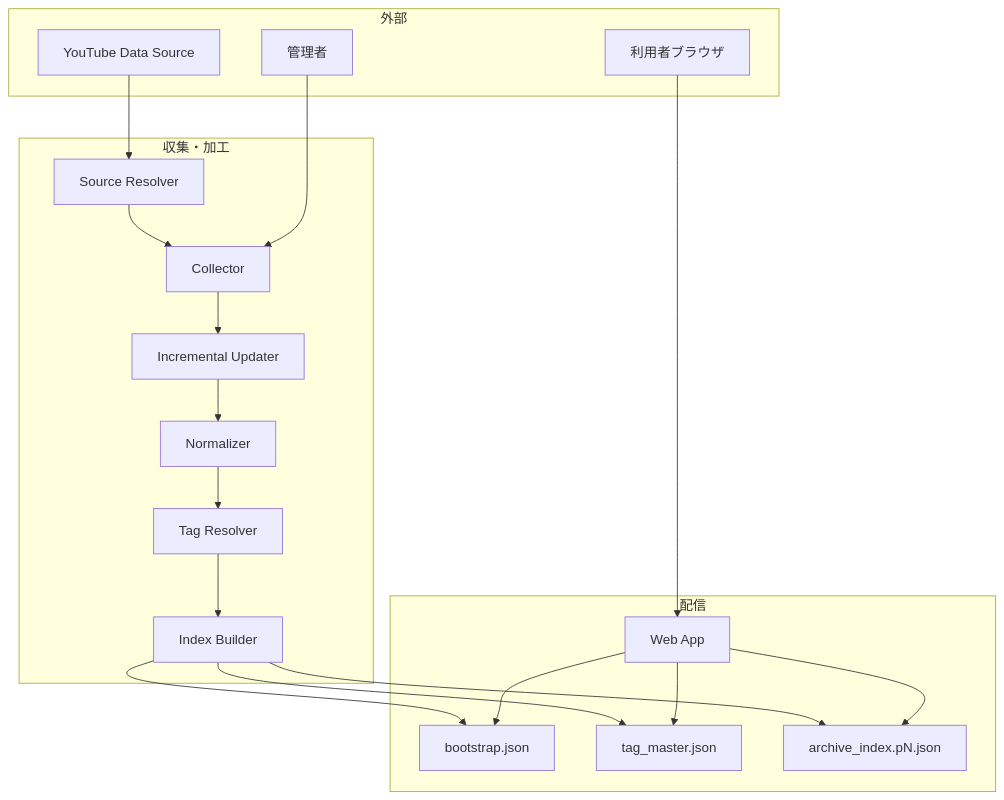
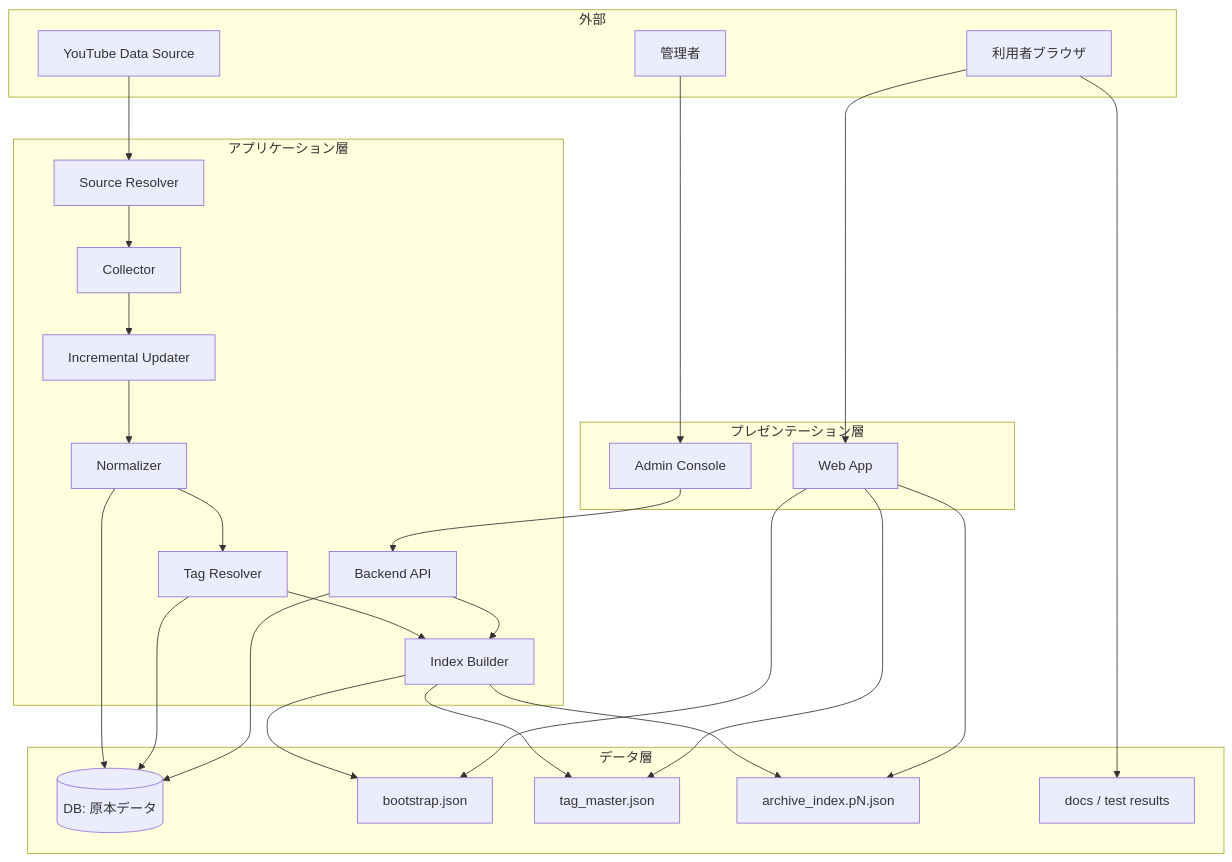
The diagram in docs/2.基本設計(BD)/21.アーキテクチャ概要/BD-ARCH-001.md (tsuji-tomonori/diopside-v3), drawn with Mermaid before and after one commit. The commit also changed other lines of this file and 11 other files, not shown here.

````diff
--- a/docs/2.基本設計(BD)/21.アーキテクチャ概要/BD-ARCH-001.md
+++ b/docs/2.基本設計(BD)/21.アーキテクチャ概要/BD-ARCH-001.md
@@ -53,35 +63,48 @@
 ```mermaid
 flowchart TD
   subgraph EXT[外部]
     YT[YouTube Data Source]
     USER[利用者ブラウザ]
     ADMIN[管理者]
   end
 
-  subgraph ING[収集・加工]
+  subgraph APP[アプリケーション層]
     C0[Source Resolver]
     C1[Collector]
     C2[Incremental Updater]
     C3[Normalizer]
     C4[Tag Resolver]
     C5[Index Builder]
+    API[Backend API]
   end
 
-  subgraph DIST[配信]
+  subgraph DATA[データ層]
+    DB[(DB: 原本データ)]
     S1[bootstrap.json]
     S2[tag_master.json]
     S3[archive_index.pN.json]
+    DOCS[docs / test results]
+  end
+
+  subgraph PRES[プレゼンテーション層]
     WEB[Web App]
+    ADMUI[Admin Console]
   end
 
   YT --> C0
   C0 --> C1 --> C2 --> C3 --> C4 --> C5
+  C3 --> DB
+  C4 --> DB
+  API --> DB
+  ADMUI --> API
+  API --> C5
   C5 --> S1
   C5 --> S2
   C5 --> S3
   USER --> WEB
   WEB --> S1
   WEB --> S2
   WEB --> S3
-  ADMIN --> C1
+  ADMIN --> ADMUI
+  USER --> DOCS
 ```
````
